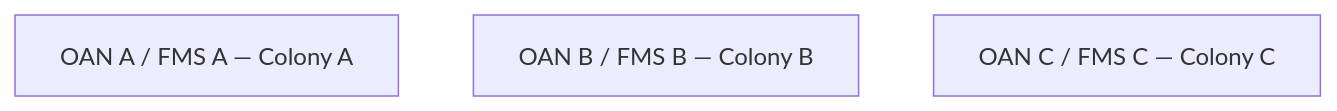
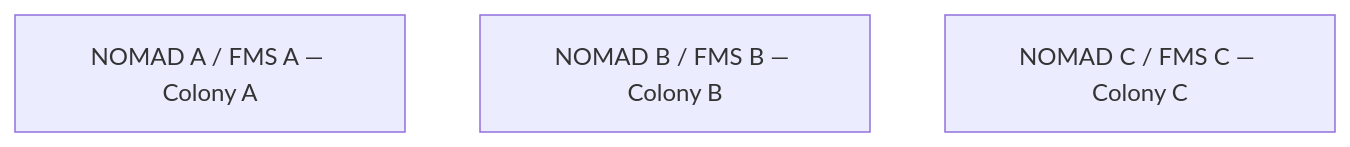
One commit to pardhuvarmax/kernel-borderlands changed the second of 7 diagrams in docs/features/hardware-ext/nomad-fms.md. Above: the diagram before and after it, drawn with Mermaid. The commit also changed other lines of this file and 6 other files, not shown here.

First line of the commit message:
rename: finish OAN -> NOMAD content updates missed by prior commit

````diff
--- a/docs/features/hardware-ext/nomad-fms.md
+++ b/docs/features/hardware-ext/nomad-fms.md
@@ -83,6 +83,6 @@
 ```mermaid
 graph TD
-    A["OAN A / FMS A — Colony A"]
-    B["OAN B / FMS B — Colony B"]
-    C["OAN C / FMS C — Colony C"]
+    A["NOMAD A / FMS A — Colony A"]
+    B["NOMAD B / FMS B — Colony B"]
+    C["NOMAD C / FMS C — Colony C"]
 ```
````
